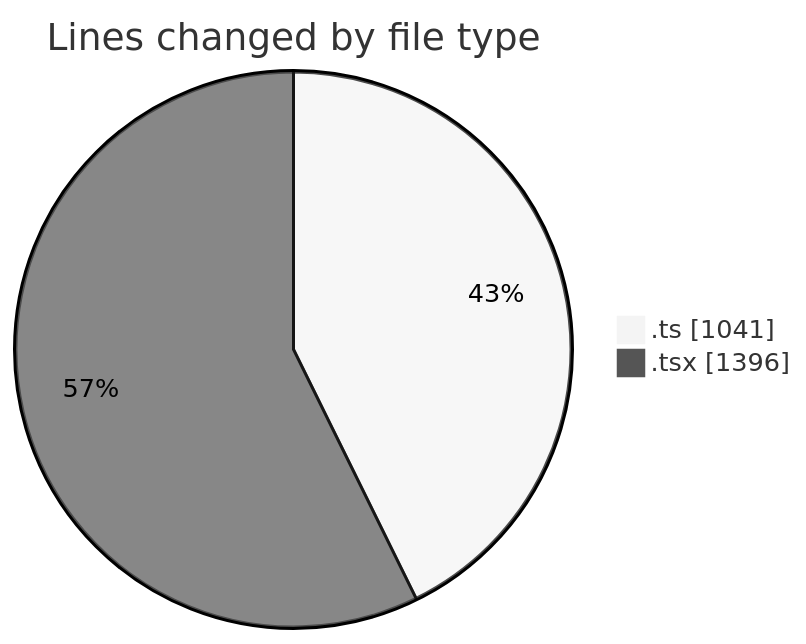
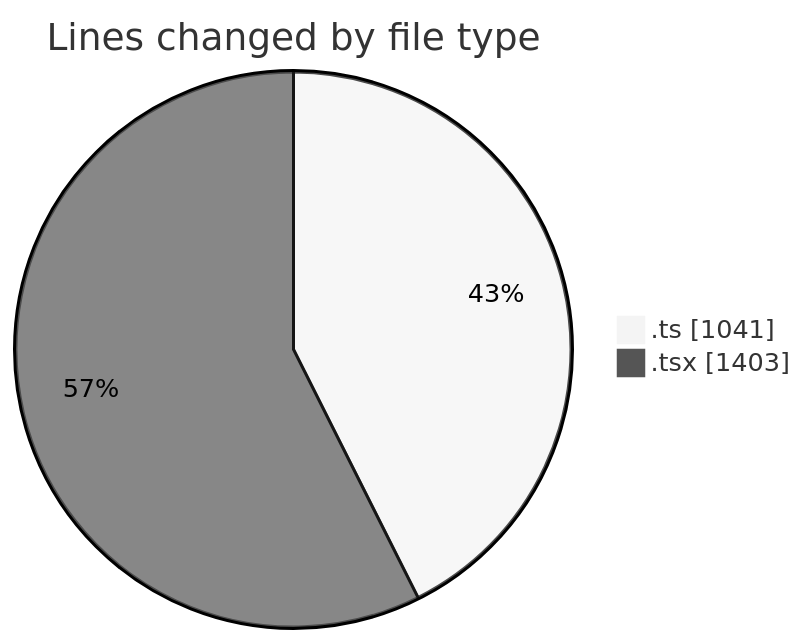
The first of 2 diagrams in 2025-09-02/cda/README.md (momahboobian/code-tracking), drawn with Mermaid (neutral theme) before and after one commit. The commit also changed other lines of this file and 1 other file, not shown here.

````diff
--- a/2025-09-02/cda/README.md
+++ b/2025-09-02/cda/README.md
@@ -28,6 +28,6 @@
 ```mermaid
 pie showData
 title Lines changed by file type
 ".ts" : 1041
-".tsx" : 1396
+".tsx" : 1403
 ```
````
